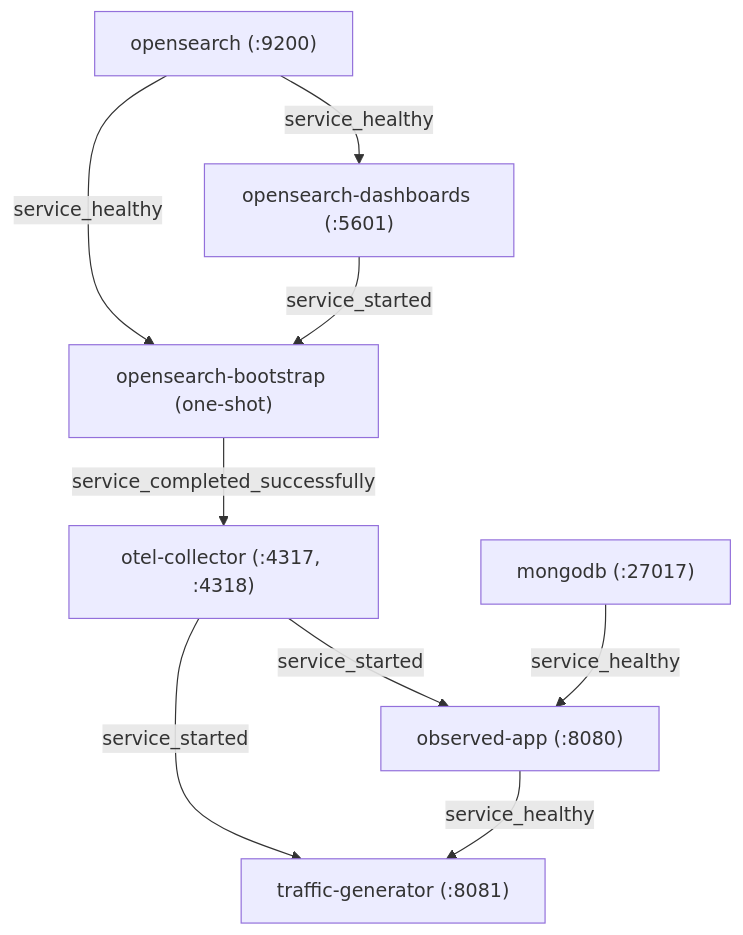
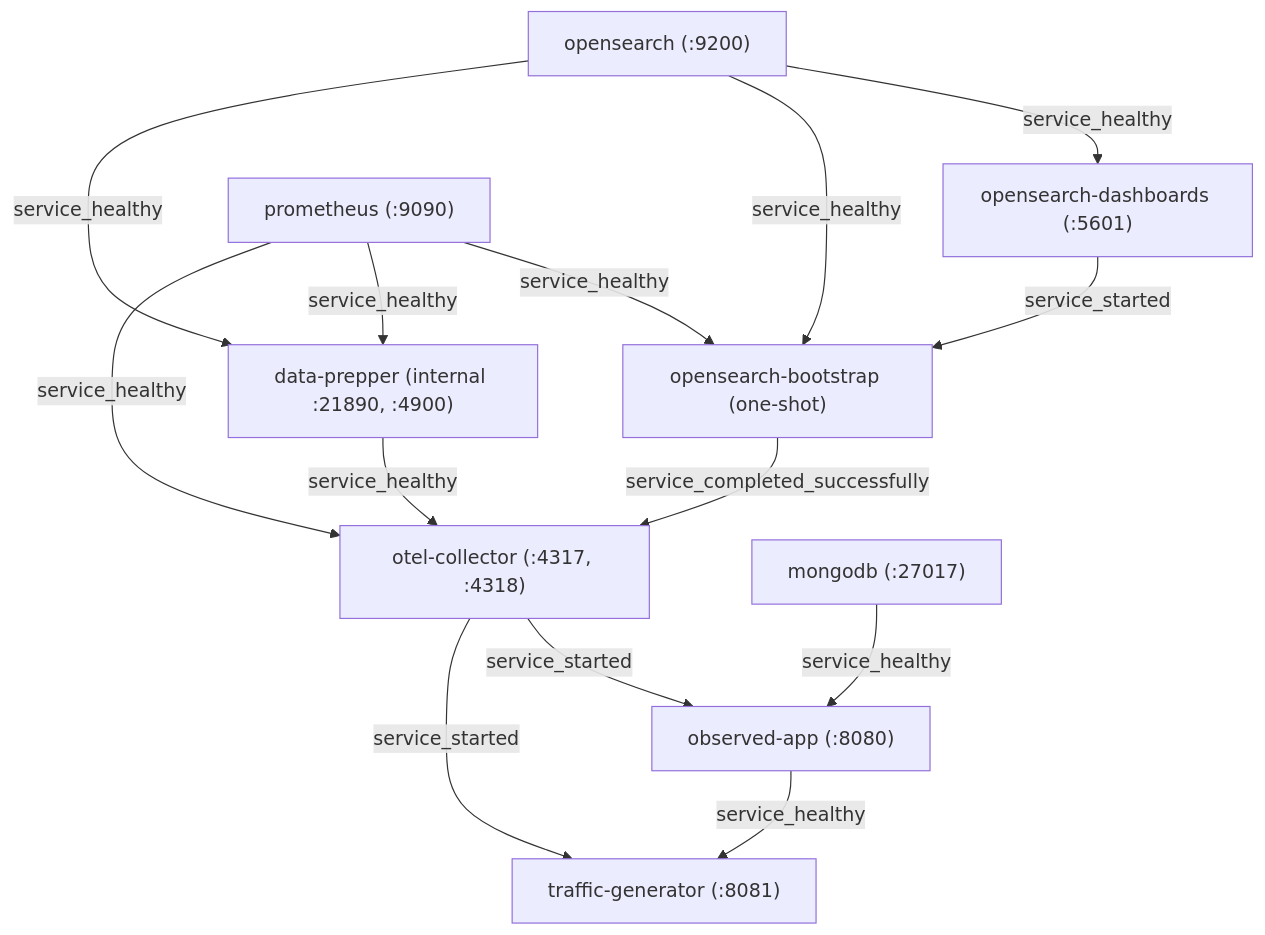
One commit to PawelBalcerek/observe-it changed the second of 2 diagrams in docs/guides/observability-stack.md. Above: the diagram before and after it, drawn with Mermaid. The commit also changed other lines of this file and 13 other files, not shown here.

````diff
--- a/docs/guides/observability-stack.md
+++ b/docs/guides/observability-stack.md
@@ -83,11 +100,16 @@
 ```mermaid
 flowchart TD
   OS["opensearch (:9200)"] -->|"service_healthy"| OSD["opensearch-dashboards (:5601)"]
   OS -->|"service_healthy"| OSB["opensearch-bootstrap (one-shot)"]
+  OS -->|"service_healthy"| DP["data-prepper (internal :21890, :4900)"]
+  PROM["prometheus (:9090)"] -->|"service_healthy"| OSB
+  PROM -->|"service_healthy"| DP
+  PROM -->|"service_healthy"| OC["otel-collector (:4317, :4318)"]
   OSD -->|"service_started"| OSB
-  OSB -->|"service_completed_successfully"| OC["otel-collector (:4317, :4318)"]
+  OSB -->|"service_completed_successfully"| OC
+  DP -->|"service_healthy"| OC
   MDB["mongodb (:27017)"] -->|"service_healthy"| OA["observed-app (:8080)"]
   OC -->|"service_started"| OA
   OC -->|"service_started"| TG["traffic-generator (:8081)"]
   OA -->|"service_healthy"| TG
 ```
````
